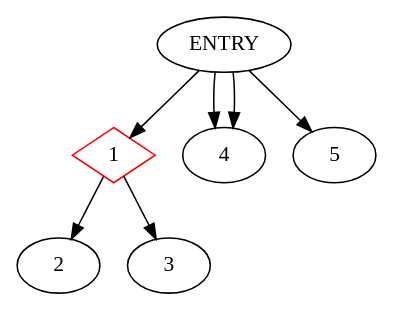
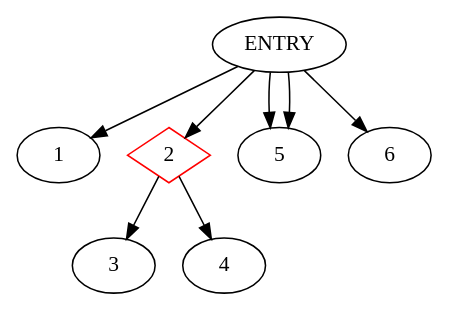
The diagram in Testgen/Testgen_Sonam/Testgen/CDG.dot (akshitij/TestgenRepo), drawn with Graphviz before and after one commit. The commit also changed 71 other files, not shown here.

```diff
--- a/Testgen/Testgen_Sonam/Testgen/CDG.dot
+++ b/Testgen/Testgen_Sonam/Testgen/CDG.dot
@@ -1,9 +1,10 @@
 digraph CDG {
-1 [shape=diamond, color=red]
 ENTRY -> 1
-1-> 2
-1-> 3
-ENTRY -> 4
-ENTRY -> 4
+2 [shape=diamond, color=red]
+ENTRY -> 2
+2-> 3
+2-> 4
 ENTRY -> 5
+ENTRY -> 5
+ENTRY -> 6
 }
```
